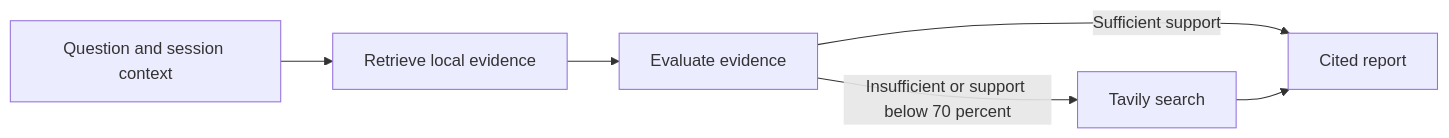
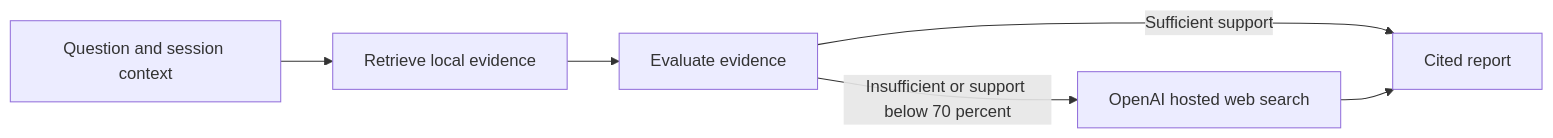
Before and after one commit to noufal85/Udacity_MS_Research_Agent: the diagram in README.md, drawn with Mermaid. The commit also changed other lines of this file and 13 other files, not shown here.

Commit message:
Complete live UdaPlay demonstration with OpenAI web search

````diff
--- a/README.md
+++ b/README.md
@@ -57,8 +57,8 @@
 ```mermaid
 flowchart LR
     Q[Question and session context] --> R[Retrieve local evidence]
     R --> E[Evaluate evidence]
     E -->|Sufficient support| A[Cited report]
-    E -->|Insufficient or support below 70 percent| W[Tavily search]
+    E -->|Insufficient or support below 70 percent| W[OpenAI hosted web search]
     W --> A
 ```
````
